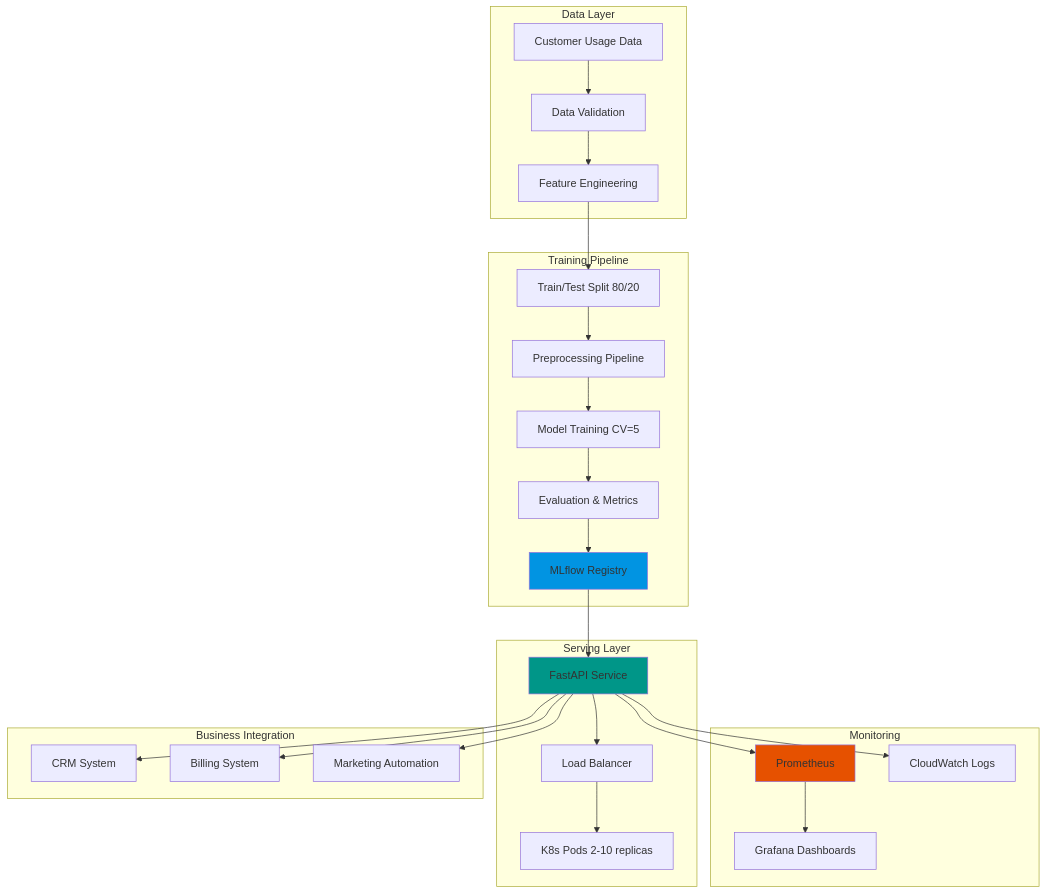
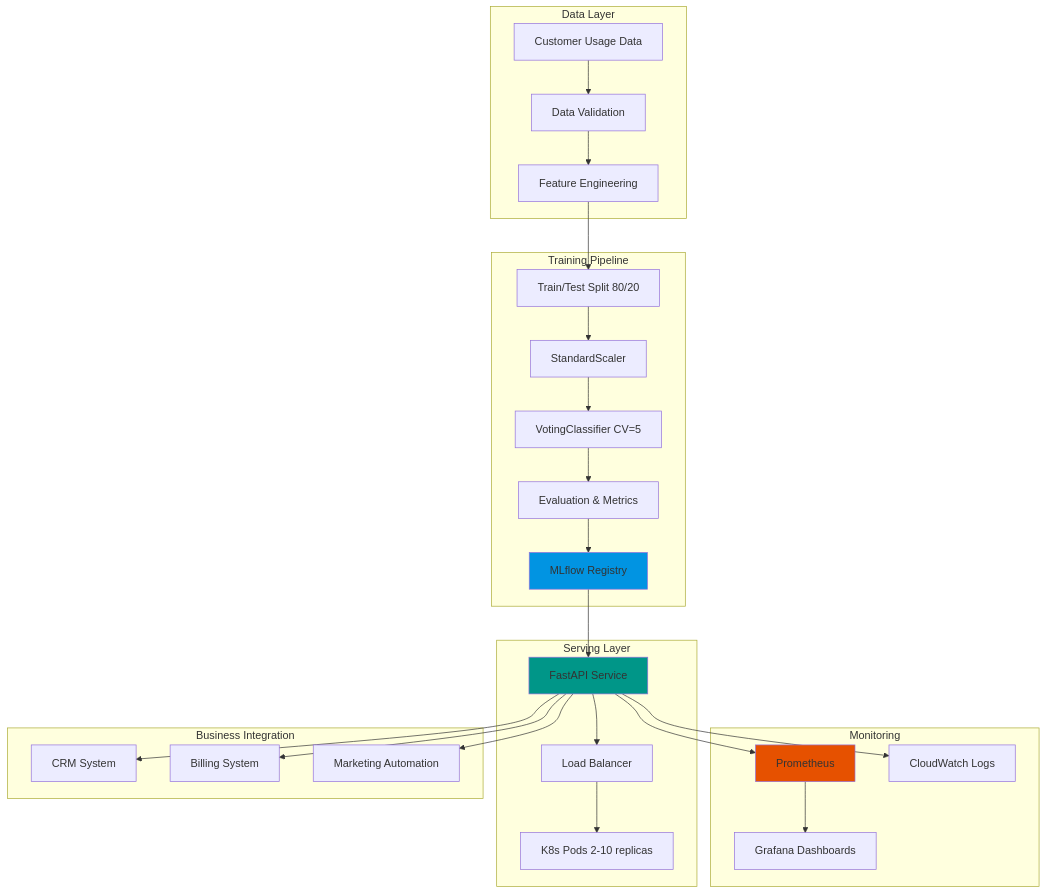
One commit to DuqueOM/ML-MLOps-Portfolio changed the diagram in TelecomAI-Customer-Intelligence/README.md. Above: the diagram before and after it, drawn with Mermaid. The commit also changed other lines of this file and 3 other files, not shown here.

````diff
--- a/TelecomAI-Customer-Intelligence/README.md
+++ b/TelecomAI-Customer-Intelligence/README.md
@@ -210,37 +229,37 @@
 ```mermaid
 graph TB
     subgraph "Data Layer"
         A[Customer Usage Data] --> B[Data Validation]
         B --> C[Feature Engineering]
     end
     
     subgraph "Training Pipeline"
         C --> D[Train/Test Split 80/20]
-        D --> E[Preprocessing Pipeline]
-        E --> F[Model Training CV=5]
+        D --> E[StandardScaler]
+        E --> F[VotingClassifier CV=5]
         F --> G[Evaluation & Metrics]
         G --> H[MLflow Registry]
     end
     
     subgraph "Serving Layer"
         H --> I[FastAPI Service]
         I --> J[Load Balancer]
         J --> K[K8s Pods 2-10 replicas]
     end
     
     subgraph "Monitoring"
         I --> L[Prometheus]
         L --> M[Grafana Dashboards]
         I --> N[CloudWatch Logs]
     end
     
     subgraph "Business Integration"
         I --> O[CRM System]
         I --> P[Billing System]
         I --> Q[Marketing Automation]
     end
     
     style H fill:#0194E2
     style I fill:#009688
     style L fill:#E65100
 ```
````
